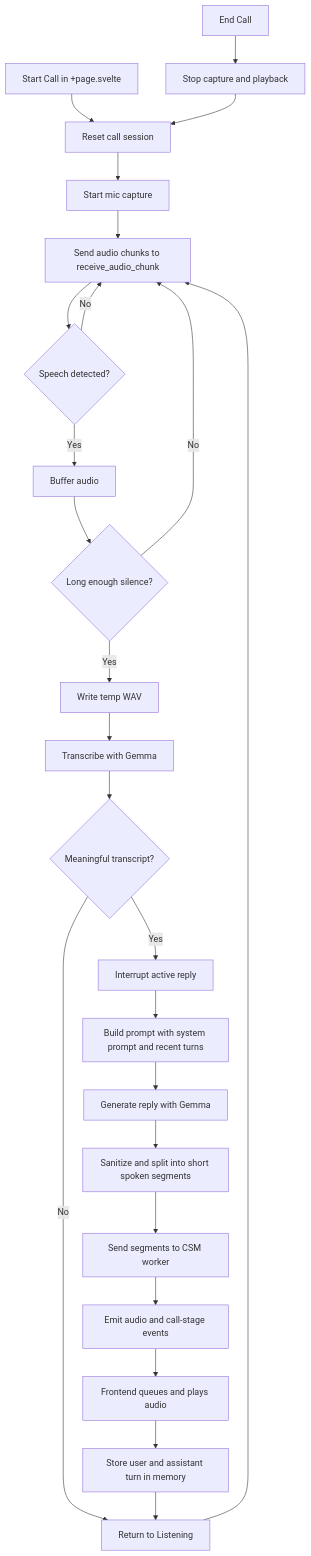
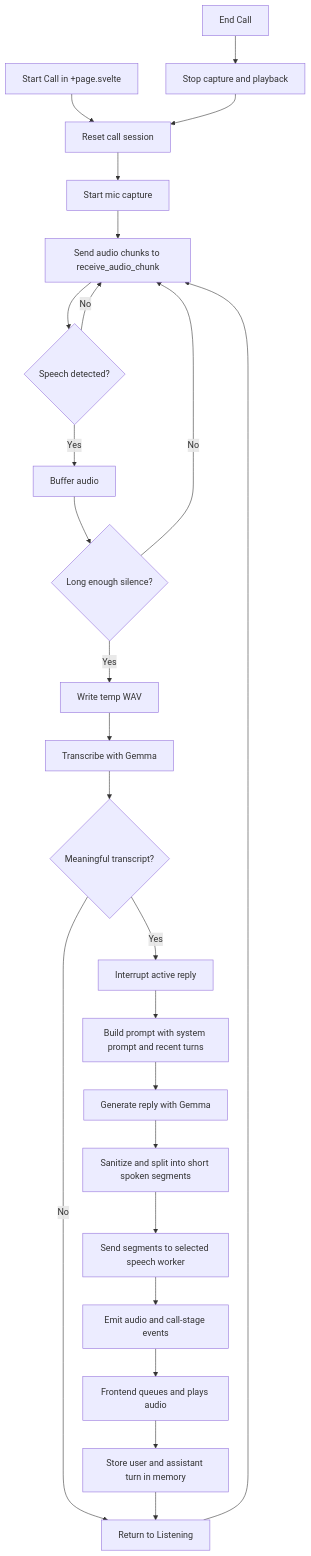
One commit to anslwy/openduck changed the diagram in README.md. Above: the diagram before and after it, drawn with Mermaid. The commit also changed other lines of this file and 5 other files, not shown here.

````diff
--- a/README.md
+++ b/README.md
@@ -20,27 +30,27 @@
 ```mermaid
 flowchart TD
     A[Start Call in +page.svelte] --> B[Reset call session]
     B --> C[Start mic capture]
     C --> D[Send audio chunks to receive_audio_chunk]
     D --> E{Speech detected?}
     E -- No --> D
     E -- Yes --> F[Buffer audio]
     F --> G{Long enough silence?}
     G -- No --> D
     G -- Yes --> H[Write temp WAV]
     H --> I[Transcribe with Gemma]
     I --> J{Meaningful transcript?}
     J -- No --> K[Return to Listening]
     J -- Yes --> L[Interrupt active reply]
     L --> M[Build prompt with system prompt and recent turns]
     M --> N[Generate reply with Gemma]
     N --> O[Sanitize and split into short spoken segments]
-    O --> P[Send segments to CSM worker]
+    O --> P[Send segments to selected speech worker]
     P --> Q[Emit audio and call-stage events]
     Q --> R[Frontend queues and plays audio]
     R --> S[Store user and assistant turn in memory]
     S --> K
     K --> D
     T[End Call] --> U[Stop capture and playback]
     U --> B
 ```
````
